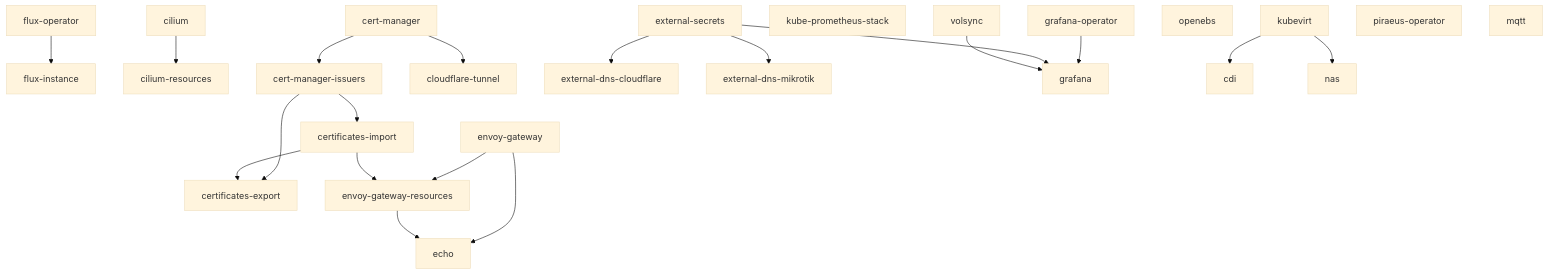
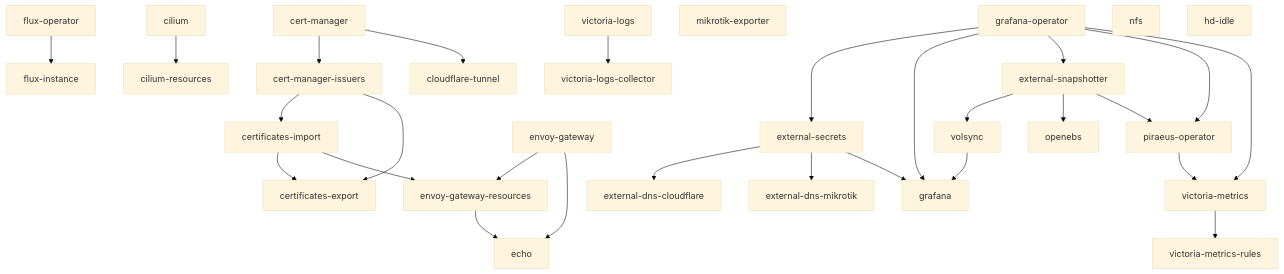
Before and after one commit to kid/home-ops: the diagram in docs/app-dependencies.md, drawn with Mermaid (base theme). The commit also changed other lines of this file, not shown here.

Commit message:
docs: refresh app dependency graph

````diff
--- a/docs/app-dependencies.md
+++ b/docs/app-dependencies.md
@@ -5,48 +5,59 @@
 ```mermaid
 graph TD
 
   flux_operator["flux-operator"]
   flux_instance["flux-instance"]
   cilium["cilium"]
   cilium_resources["cilium-resources"]
   external_secrets["external-secrets"]
   cert_manager["cert-manager"]
   cert_manager_issuers["cert-manager-issuers"]
   certificates_import["certificates-import"]
   certificates_export["certificates-export"]
   envoy_gateway["envoy-gateway"]
   envoy_gateway_resources["envoy-gateway-resources"]
   cloudflare_tunnel["cloudflare-tunnel"]
   external_dns_cf["external-dns-cloudflare"]
   external_dns_mikrotik["external-dns-mikrotik"]
   echo["echo"]
-  kube_prometheus_stack["kube-prometheus-stack"]
   grafana_operator["grafana-operator"]
   grafana["grafana"]
-  kubevirt["kubevirt"]
-  cdi["cdi"]
+  mikrotik_exporter["mikrotik-exporter"]
+  victoria_metrics["victoria-metrics"]
+  victoria_metrics_rules["victoria-metrics-rules"]
+  victoria_logs["victoria-logs"]
+  victoria_logs_collector["victoria-logs-collector"]
+  nfs["nfs"]
+  hd_idle["hd-idle"]
   openebs["openebs"]
+  external_snapshotter["external-snapshotter"]
   volsync["volsync"]
   piraeus_operator["piraeus-operator"]
-  nas["nas"]
-  mqtt["mqtt"]
 
   flux_operator --> flux_instance
   cilium --> cilium_resources
   cert_manager --> cert_manager_issuers
   cert_manager --> cloudflare_tunnel
   cert_manager_issuers --> certificates_import
   cert_manager_issuers --> certificates_export
   certificates_import --> certificates_export
   envoy_gateway --> envoy_gateway_resources
   certificates_import --> envoy_gateway_resources
   envoy_gateway --> echo
   envoy_gateway_resources --> echo
+  grafana_operator --> external_secrets
   grafana_operator --> grafana
-  kubevirt --> cdi
-  kubevirt --> nas
+  grafana_operator --> external_snapshotter
+  grafana_operator --> piraeus_operator
+  grafana_operator --> victoria_metrics
   external_secrets --> external_dns_cf
   external_secrets --> external_dns_mikrotik
   external_secrets --> grafana
+  external_snapshotter --> volsync
+  external_snapshotter --> openebs
+  external_snapshotter --> piraeus_operator
   volsync --> grafana
+  piraeus_operator --> victoria_metrics
+  victoria_metrics --> victoria_metrics_rules
+  victoria_logs --> victoria_logs_collector
 ```
````
